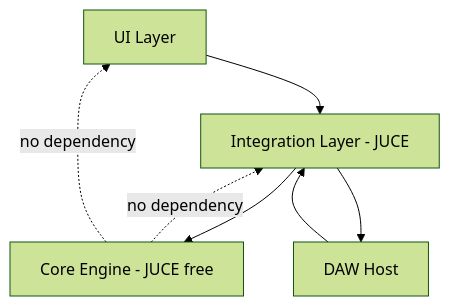
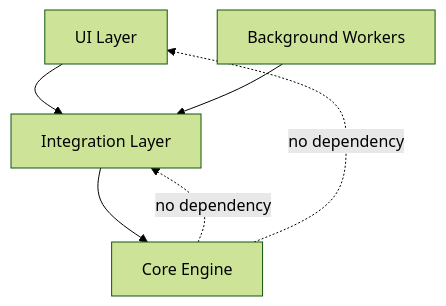
The diagram in docs/01-developer/architecture/architecture-principles.md (PARKER-DSP/Chord-Pallette-Docs), drawn with Mermaid (forest theme) before and after one commit. The commit also changed other lines of this file and 64 other files, not shown here.

````diff
--- a/docs/01-developer/architecture/architecture-principles.md
+++ b/docs/01-developer/architecture/architecture-principles.md
@@ -156,16 +62,8 @@
 ```mermaid
 flowchart TD
-
-  UI[UI Layer]
-  INTEG[Integration Layer - JUCE]
-  CORE[Core Engine - JUCE free]
-  HOST[DAW Host]
-
-  UI --> INTEG
-  INTEG --> CORE
-  INTEG --> HOST
-  HOST --> INTEG
-
+  UI[UI Layer] --> INTEG[Integration Layer]
+  INTEG --> CORE[Core Engine]
+  BG[Background Workers] --> INTEG
   CORE -. no dependency .-> INTEG
   CORE -. no dependency .-> UI
 ```
````
